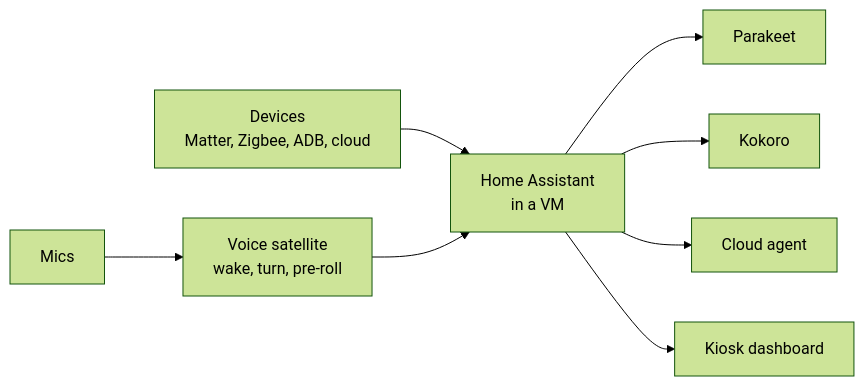
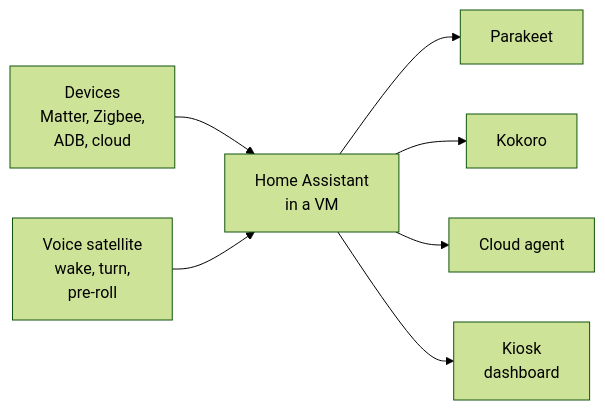
Before and after one commit to SettlingAbyss96/fosters-home-hub: the first of 2 diagrams in README.md, drawn with Mermaid (forest theme). The commit also changed other lines of this file and 4 other files, not shown here.

First line of the commit message:
Flowcharts: no overlapping labels, nothing under GitHub's zoom buttons

````diff
--- a/README.md
+++ b/README.md
@@ -65,9 +65,8 @@
 ```mermaid
 flowchart LR
-    D[Devices<br/>Matter, Zigbee, ADB, cloud] --> HA[Home Assistant<br/>in a VM]
-    Mic[Mics] --> Sat[Voice satellite<br/>wake, turn, pre-roll]
-    Sat --> HA
+    D[Devices<br/>Matter, Zigbee,<br/>ADB, cloud] --> HA[Home Assistant<br/>in a VM]
+    Sat[Voice satellite<br/>wake, turn,<br/>pre-roll] --> HA
     HA --> STT[Parakeet] & TTS[Kokoro]
     HA --> Agent[Cloud agent]
-    HA --> Screen[Kiosk dashboard]
+    HA --> Screen[Kiosk<br/>dashboard]
 ```
````
